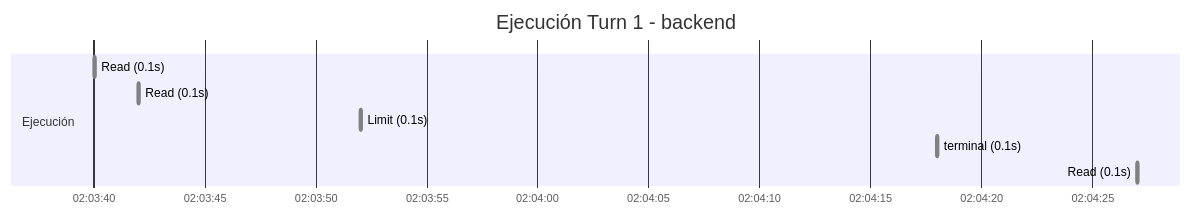
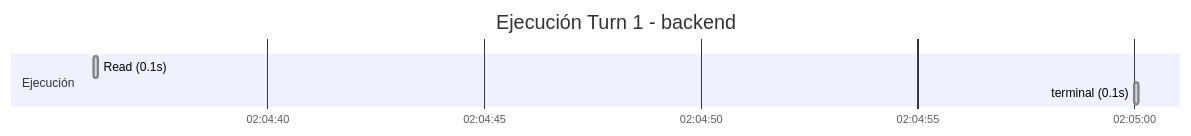
Before and after one commit to luisdalmasso/orquestador-contamela: the diagram in .ponytail/traces/2026-07-09_auto_recovered_1007efa1e3cd/backend_1007efa1e3cd.md, drawn with Mermaid. The commit also changed other lines of this file, not shown here.

````diff
--- a/.ponytail/traces/2026-07-09_auto_recovered_1007efa1e3cd/backend_1007efa1e3cd.md
+++ b/.ponytail/traces/2026-07-09_auto_recovered_1007efa1e3cd/backend_1007efa1e3cd.md
@@ -152,13 +130,10 @@
 ```mermaid
 gantt
     title Ejecución Turn 1 - backend
     dateFormat  HH:mm:ss
     axisFormat  %H:%M:%S
 
     section Ejecución
-    Read (0.1s)  :done, 02:03:40, 0.1s
-    Read (0.1s)  :done, 02:03:42, 0.1s
-    Limit (0.1s)  :done, 02:03:52, 0.1s
-    terminal (0.1s)  :done, 02:04:18, 0.1s
-    Read (0.1s)  :done, 02:04:27, 0.1s
+    Read (0.1s)  :done, 02:04:36, 0.1s
+    terminal (0.1s)  :done, 02:05:00, 0.1s
 ```
````
